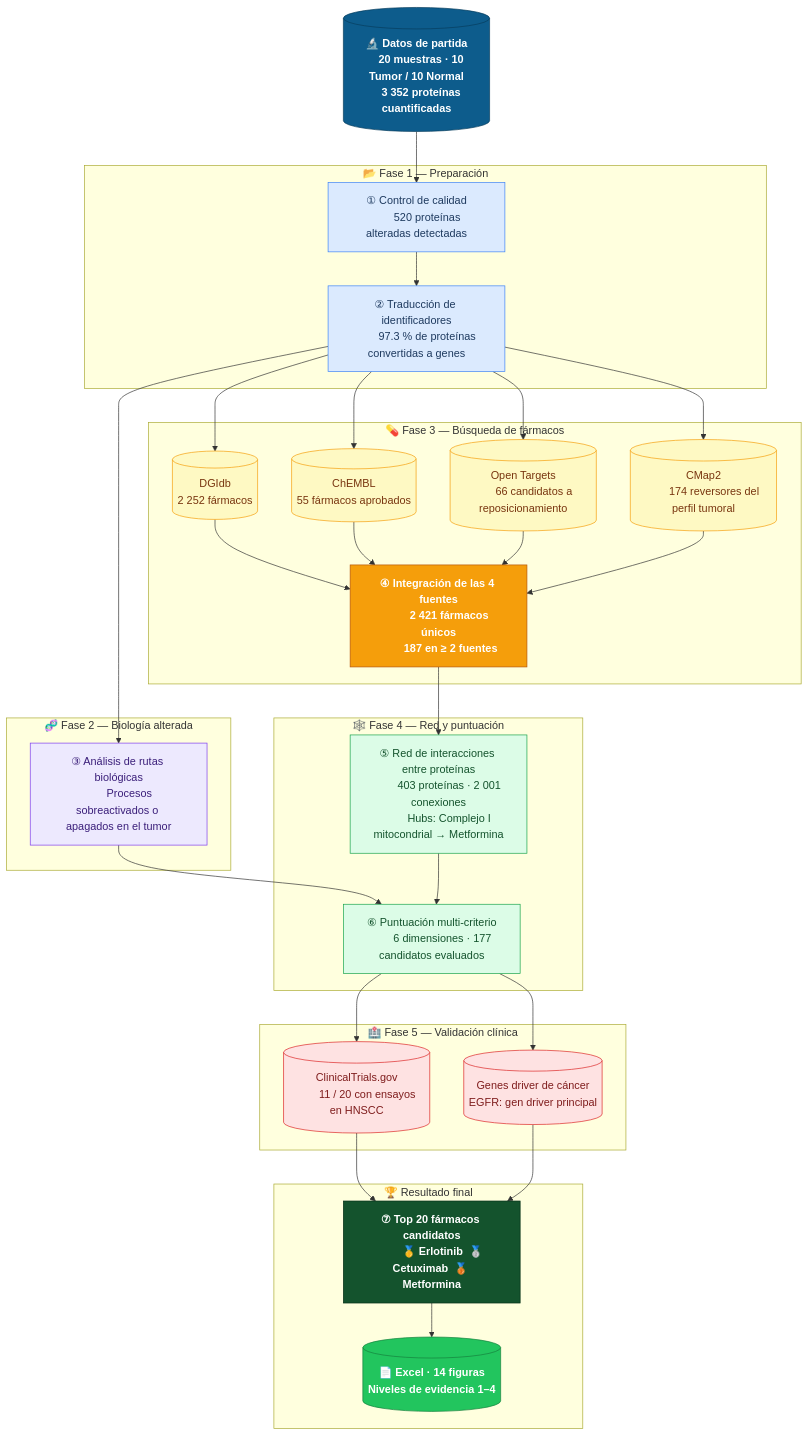
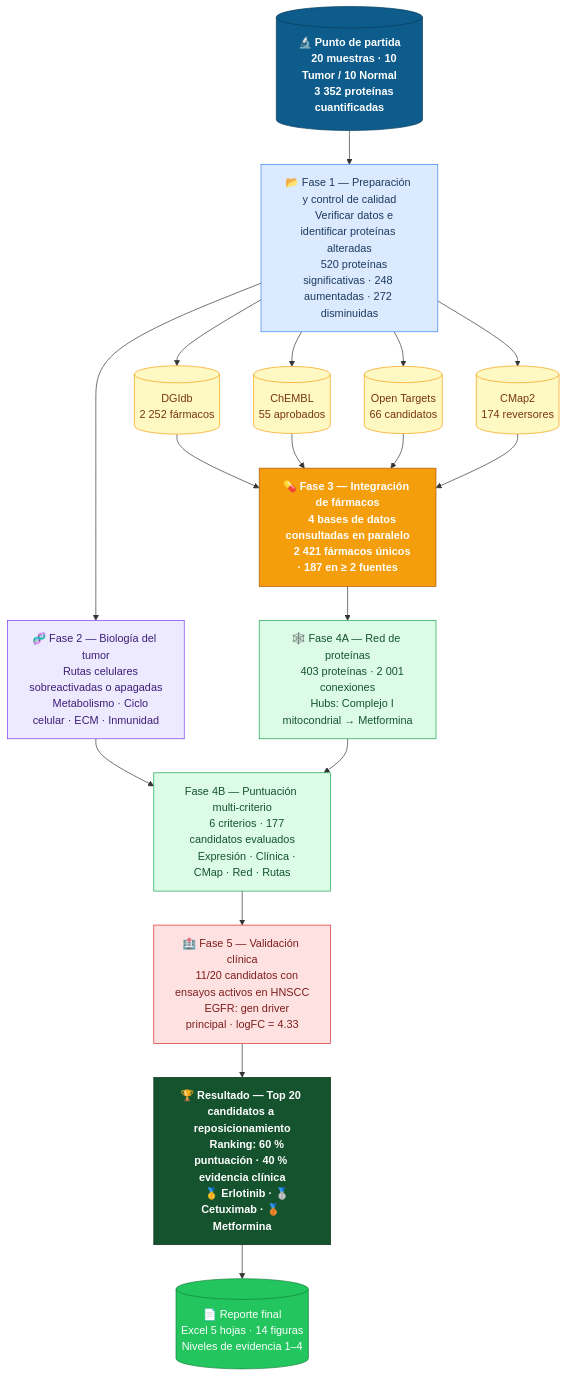
Before and after one commit to Nathjnoa/HNSCC_reporpousing: the diagram in docs/workflow_diagram.md, drawn with Mermaid.

Commit message:
docs: remove all subgraphs to eliminate title overlap in Mermaid
Replace subgraph sections with standalone nodes that embed the phase
label directly in the node text. No subgraph = no title overlap in
any renderer (VS Code, GitHub, Notion).

````diff
--- a/docs/workflow_diagram.md
+++ b/docs/workflow_diagram.md
@@ -11,84 +11,78 @@
 ```mermaid
 flowchart TD
 
-    DATA[("🔬 Datos de partida
+    DATA[("🔬 Punto de partida
     20 muestras · 10 Tumor / 10 Normal
     3 352 proteínas cuantificadas")]
 
-    subgraph P1["📂  Fase 1 — Preparación"]
-        QC["① Control de calidad
-        520 proteínas alteradas detectadas"]
-        IDMAP["② Traducción de identificadores
-        97.3 % de proteínas convertidas a genes"]
-    end
+    PREP["📂 Fase 1 — Preparación y control de calidad
+    Verificar datos e identificar proteínas alteradas
+    520 proteínas significativas · 248 aumentadas · 272 disminuidas"]
 
-    subgraph P2["🧬  Fase 2 — Biología alterada"]
-        PATH["③ Análisis de rutas biológicas
-        Procesos sobreactivados o apagados en el tumor"]
-    end
+    BIO["🧬 Fase 2 — Biología del tumor
+    Rutas celulares sobreactivadas o apagadas
+    Metabolismo · Ciclo celular · ECM · Inmunidad"]
 
-    subgraph P3["💊  Fase 3 — Búsqueda de fármacos"]
-        DB1[("DGIdb
-        2 252 fármacos")]
-        DB2[("ChEMBL
-        55 fármacos aprobados")]
-        DB3[("Open Targets
-        66 candidatos a reposicionamiento")]
-        DB4[("CMap2
-        174 reversores del perfil tumoral")]
-        INT["④ Integración de las 4 fuentes
-        2 421 fármacos únicos
-        187 en ≥ 2 fuentes"]
-    end
+    DB1[("DGIdb
+    2 252 fármacos")]
 
-    subgraph P4["🕸️  Fase 4 — Red y puntuación"]
-        NET["⑤ Red de interacciones entre proteínas
-        403 proteínas · 2 001 conexiones
-        Hubs: Complejo I mitocondrial → Metformina"]
-        SCO["⑥ Puntuación multi-criterio
-        6 dimensiones · 177 candidatos evaluados"]
-    end
+    DB2[("ChEMBL
+    55 aprobados")]
 
-    subgraph P5["🏥  Fase 5 — Validación clínica"]
-        CT[("ClinicalTrials.gov
-        11 / 20 con ensayos en HNSCC")]
-        COS[("Genes driver de cáncer
-        EGFR: gen driver principal")]
-    end
+    DB3[("Open Targets
+    66 candidatos")]
 
-    subgraph P6["🏆  Resultado final"]
-        TOP["⑦ Top 20 fármacos candidatos
-        🥇 Erlotinib  🥈 Cetuximab  🥉 Metformina"]
-        OUT[("📄 Excel · 14 figuras
-        Niveles de evidencia 1–4")]
-    end
+    DB4[("CMap2
+    174 reversores")]
 
-    DATA --> QC --> IDMAP
-    IDMAP --> PATH
-    IDMAP --> DB1 & DB2 & DB3 & DB4
+    INT["💊 Fase 3 — Integración de fármacos
+    4 bases de datos consultadas en paralelo
+    2 421 fármacos únicos · 187 en ≥ 2 fuentes"]
+
+    NET["🕸️ Fase 4A — Red de proteínas
+    403 proteínas · 2 001 conexiones
+    Hubs: Complejo I mitocondrial → Metformina"]
+
+    SCO["Fase 4B — Puntuación multi-criterio
+    6 criterios · 177 candidatos evaluados
+    Expresión · Clínica · CMap · Red · Rutas"]
+
+    VAL["🏥 Fase 5 — Validación clínica
+    11/20 candidatos con ensayos activos en HNSCC
+    EGFR: gen driver principal · logFC = 4.33"]
+
+    TOP["🏆 Resultado — Top 20 candidatos a reposicionamiento
+    Ranking: 60 % puntuación · 40 % evidencia clínica
+    🥇 Erlotinib · 🥈 Cetuximab · 🥉 Metformina"]
+
+    OUT[("📄 Reporte final
+    Excel 5 hojas · 14 figuras
+    Niveles de evidencia 1–4")]
+
+    DATA --> PREP
+    PREP --> BIO
+    PREP --> DB1 & DB2 & DB3 & DB4
     DB1 & DB2 & DB3 & DB4 --> INT
-    PATH --> SCO
-    INT --> NET --> SCO
-    SCO --> CT & COS
-    CT & COS --> TOP --> OUT
+    BIO --> SCO
+    INT --> NET --> SCO --> VAL --> TOP --> OUT
 
     classDef input  fill:#0d5c8c,color:#ffffff,stroke:#063d5e,font-weight:bold
     classDef p1     fill:#dbeafe,color:#1e3a5f,stroke:#3b82f6
     classDef p2     fill:#ede9fe,color:#3b1f7a,stroke:#7c3aed
     classDef dbase  fill:#fef9c3,color:#78350f,stroke:#f59e0b
-    classDef integ  fill:#f59e0b,color:#ffffff,stroke:#b45309,font-weight:bold
+    classDef p3     fill:#f59e0b,color:#ffffff,stroke:#b45309,font-weight:bold
     classDef p4     fill:#dcfce7,color:#14532d,stroke:#16a34a
     classDef p5     fill:#fee2e2,color:#7f1d1d,stroke:#dc2626
     classDef result fill:#14532d,color:#ffffff,stroke:#052e16,font-weight:bold
-    classDef output fill:#22c55e,color:#ffffff,stroke:#15803d,font-weight:bold
+    classDef output fill:#22c55e,color:#ffffff,stroke:#15803d
 
     class DATA input
-    class QC,IDMAP p1
-    class PATH p2
+    class PREP p1
+    class BIO p2
     class DB1,DB2,DB3,DB4 dbase
-    class INT integ
+    class INT p3
     class NET,SCO p4
-    class CT,COS p5
+    class VAL p5
     class TOP result
     class OUT output
 ```
````
